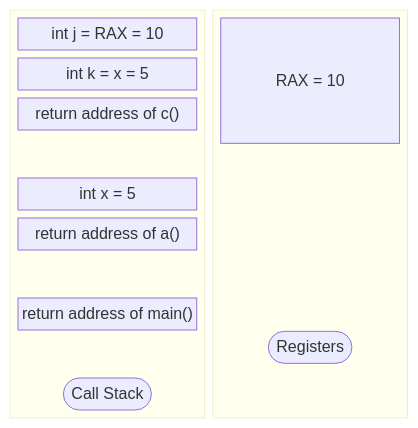
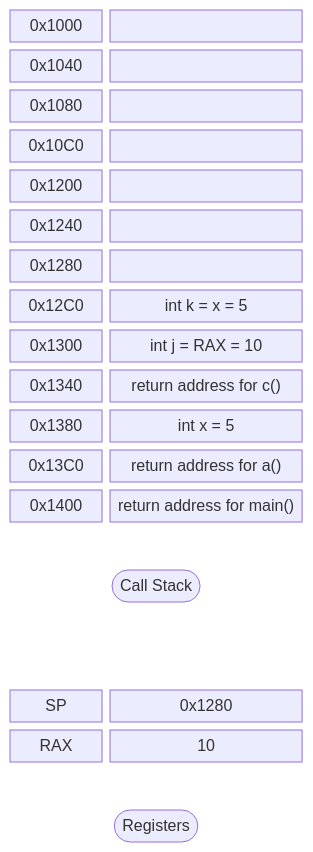
The tenth of 15 diagrams in slides/session_6/index.md (GlennVL-AP/cpp-programming-slides), drawn with Mermaid before and after one commit. The commit also changed other lines of this file, not shown here.

Commit message:
improve call stack example

````diff
--- a/slides/session_6/index.md
+++ b/slides/session_6/index.md
@@ -854,22 +1152,40 @@
 ```mermaid
 block-beta
-  block
-    columns 1
-    argj["int j = RAX = 10"]
-    argk["int k = x = 5"]
-    retc["return address of c()"]
-    space
-    intx["int x = 5"]
-    reta["return address of a()"]
-    space
-    retm["return address of main()"]
-    space
-    callstack(["Call Stack"])
-  end
-  block
-    columns 1
-    retval["RAX = 10"]
-    space
-    registers(["Registers"])
-  end
+  columns 3
+  addr1["0x1000"]:1
+  frame1[" "]:2
+  addr2["0x1040"]:1
+  frame2[" "]:2
+  addr3["0x1080"]:1
+  frame3[" "]:2
+  addr4["0x10C0"]:1
+  frame4[" "]:2
+  addr5["0x1200"]:1
+  frame5[" "]:2
+  addr6["0x1240"]:1
+  frame6[" "]:2
+  addr7["0x1280"]:1
+  frame7[" "]:2
+  addr8["0x12C0"]:1
+  frame8["int k = x = 5"]:2
+  addr9["0x1300"]:1
+  frame9["int j = RAX = 10"]:2
+  addr10["0x1340"]:1
+  frame10["return address for c()"]:2
+  addr11["0x1380"]:1
+  frame11["int x = 5"]:2
+  addr12["0x13C0"]:1
+  frame12["return address for a()"]:2
+  addr13["0x1400"]:1
+  frame13["return address for main()"]:2
+  space:3
+  callstack(["Call Stack"]):3
+  space:3
+  space:3
+  reg1["SP"]:1
+  regval1["0x1280"]:2
+  reg2["RAX"]:1
+  regval2["10"]:2
+  space:3
+  registers(["Registers"]):3
 ```
````
